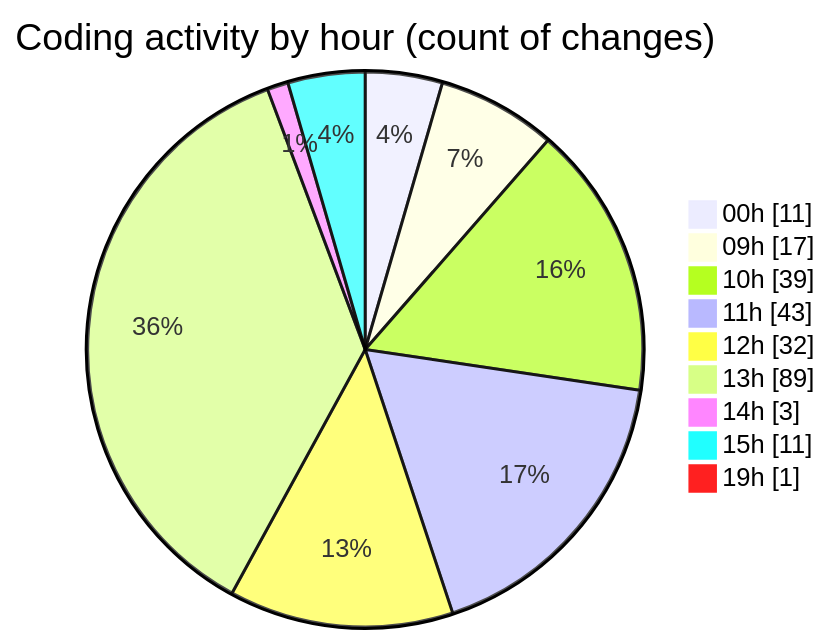
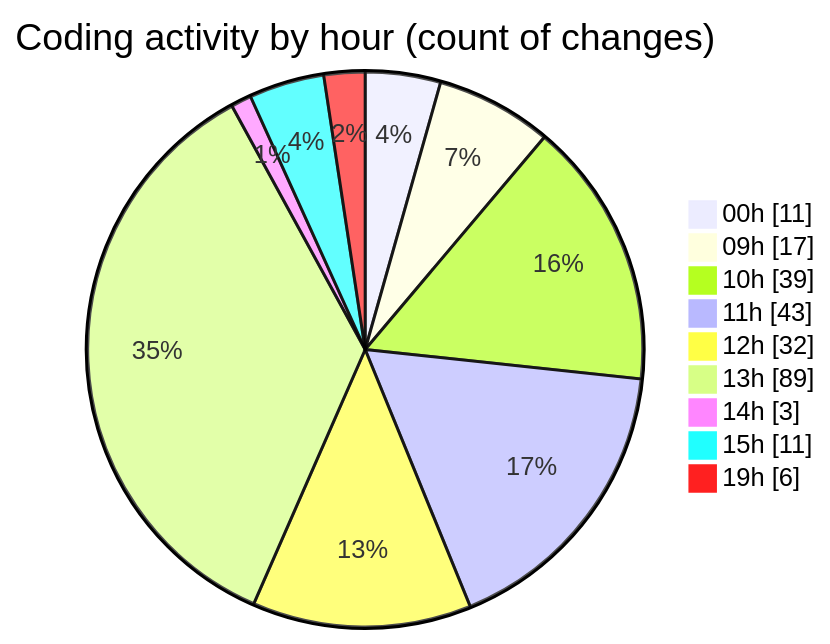
Before and after one commit to momahboobian/code-tracking: the second of 2 diagrams in 2026-09-02/cda/README.md, drawn with Mermaid. The commit also changed other lines of this file and 1 other file, not shown here.

````diff
--- a/2026-09-02/cda/README.md
+++ b/2026-09-02/cda/README.md
@@ -88,13 +89,13 @@
 ```mermaid
 pie showData
 title Coding activity by hour (count of changes)
 "00h" : 11
 "09h" : 17
 "10h" : 39
 "11h" : 43
 "12h" : 32
 "13h" : 89
 "14h" : 3
 "15h" : 11
-"19h" : 1
+"19h" : 6
 ```
````
